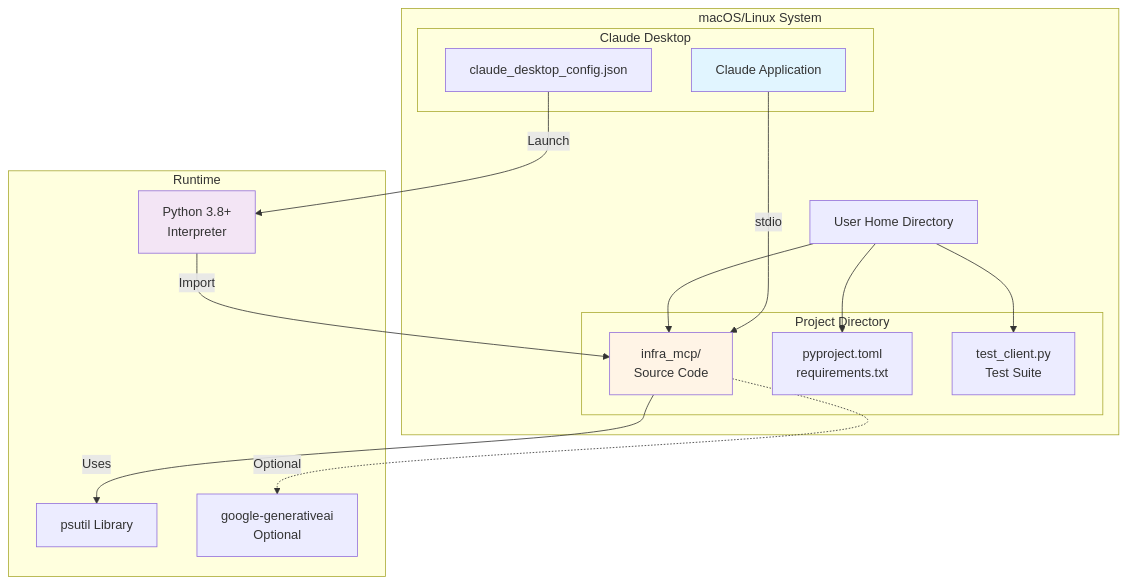
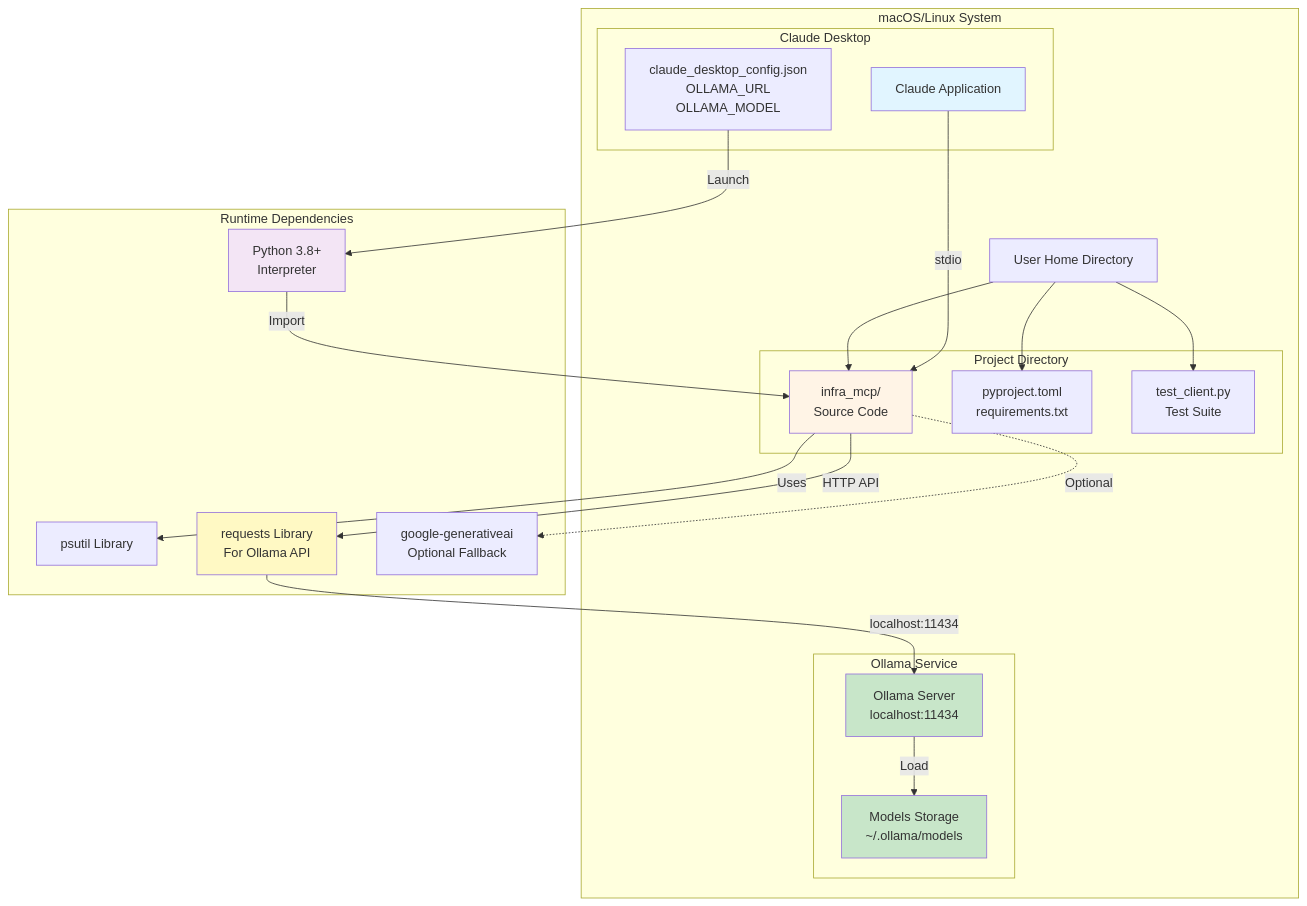
One commit to shivkumarsah/InfraGPT-MCP changed the eighth of 14 diagrams in docs/diagrams/architecture.md. Above: the diagram before and after it, drawn with Mermaid. The commit also changed other lines of this file and 10 other files, not shown here.

````diff
--- a/docs/diagrams/architecture.md
+++ b/docs/diagrams/architecture.md
@@ -161,38 +265,51 @@
 ```mermaid
 graph TB
     subgraph "macOS/Linux System"
         HOME[User Home Directory]
         
         subgraph "Project Directory"
             CODE[infra_mcp/<br/>Source Code]
             CONFIG[pyproject.toml<br/>requirements.txt]
             TEST[test_client.py<br/>Test Suite]
         end
         
         subgraph "Claude Desktop"
             CLAUDE_APP[Claude Application]
-            CLAUDE_CONFIG[claude_desktop_config.json]
+            CLAUDE_CONFIG[claude_desktop_config.json<br/>OLLAMA_URL<br/>OLLAMA_MODEL]
+        end
+        
+        subgraph "Ollama Service"
+            OLLAMA_SERVER[Ollama Server<br/>localhost:11434]
+            OLLAMA_MODELS[Models Storage<br/>~/.ollama/models]
         end
     end
     
-    subgraph "Runtime"
+    subgraph "Runtime Dependencies"
         PYTHON[Python 3.8+<br/>Interpreter]
         PSUTIL[psutil Library]
-        GEMINI_LIB[google-generativeai<br/>Optional]
+        REQUESTS[requests Library<br/>For Ollama API]
+        GEMINI_LIB[google-generativeai<br/>Optional Fallback]
     end
     
     HOME --> CODE
     HOME --> CONFIG
     HOME --> TEST
     
     CLAUDE_CONFIG -->|Launch| PYTHON
     PYTHON -->|Import| CODE
     CODE -->|Uses| PSUTIL
+    CODE -->|HTTP API| REQUESTS
     CODE -.->|Optional| GEMINI_LIB
+    
+    REQUESTS -->|localhost:11434| OLLAMA_SERVER
+    OLLAMA_SERVER -->|Load| OLLAMA_MODELS
     
     CLAUDE_APP -->|stdio| CODE
     
     style CLAUDE_APP fill:#e1f5ff
     style CODE fill:#fff4e6
     style PYTHON fill:#f3e5f5
+    style OLLAMA_SERVER fill:#c8e6c9
+    style OLLAMA_MODELS fill:#c8e6c9
+    style REQUESTS fill:#fff9c4
 ```
````
